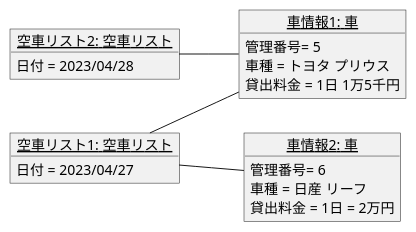
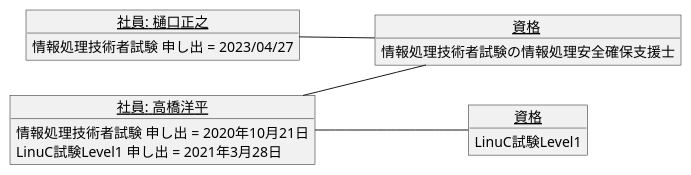
The diagram in 図3-6_オブジェクト図.pu (oishiinitamago/uml.intro2), drawn with PlantUML before and after one commit. The commit also changed 1 other file, not shown here.

```diff
--- a/図3-6_オブジェクト図.pu
+++ b/図3-6_オブジェクト図.pu
@@ -1,22 +1,19 @@
 @startuml 図3-6_オブジェクト図
 left to right direction
-object "<u>空車リスト2: 空車リスト</u>" as k2 {
-日付 = 2023/04/28
+object "<u>社員: 高橋洋平</u>" as k2 {
+情報処理技術者試験 申し出 = 2020年10月21日
+LinuC試験Level1 申し出 = 2021年3月28日
 }
-object "<u>空車リスト1: 空車リスト</u>" as k1 {
-日付 = 2023/04/27
+object "<u>社員: 樋口正之</u>" as k1 {
+情報処理技術者試験 申し出 = 2023/04/27
 }
-object "<u>車情報1: 車</u>" as car1 {
-管理番号= 5
-車種 = トヨタ プリウス
-貸出料金 = 1日 1万5千円
+object "<u>資格 </u>" as car1 {
+情報処理技術者試験の情報処理安全確保支援士
 }
-object "<u>車情報2: 車</u>" as car2 {
-管理番号= 6
-車種 = 日産 リーフ
-貸出料金 = 1日 = 2万円
+object "<u>資格</u>" as car2 {
+LinuC試験Level1
 }
 k1 -- car1
-k1 -- car2
+k2 -- car2
 k2 -- car1
 @enduml
```
